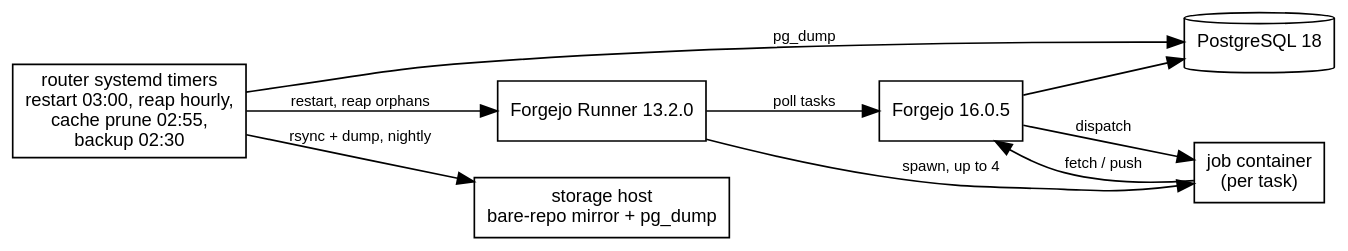
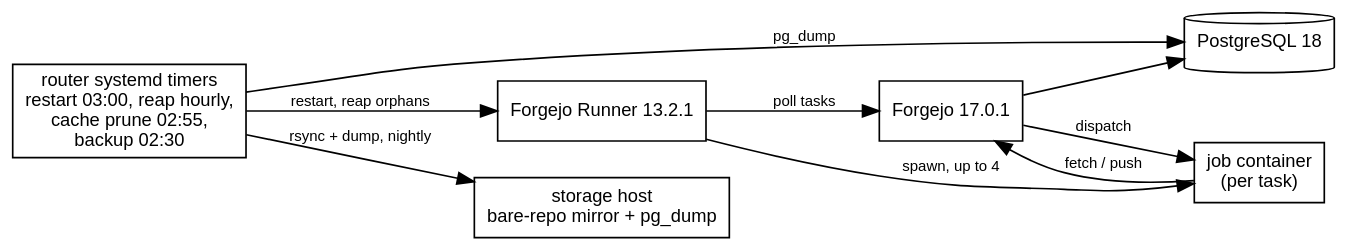
Before and after one commit to erfianugrah/lexicanum: the diagram in src/content/docs/guides/forgejo-recovery-runbooks.mdx, drawn with Graphviz. The commit also changed other lines of this file and 3 other files, not shown here.

First line of the commit message:
docs: Forgejo 17.0.1, runner 13.2.1, postgres 18.7 on the forge pages

````diff
--- a/src/content/docs/guides/forgejo-recovery-runbooks.mdx
+++ b/src/content/docs/guides/forgejo-recovery-runbooks.mdx
@@ -61,24 +61,24 @@
 ```dot
 digraph {
   rankdir=LR; bgcolor="transparent"; nodesep=0.3; ranksep=0.7;
   fontname="Helvetica,Arial,sans-serif";
   node [fontname="Helvetica,Arial,sans-serif", fontsize=11, shape=box];
   edge [fontname="Helvetica,Arial,sans-serif", fontsize=9];
 
-  forgejo [label="Forgejo 16.0.5"];
+  forgejo [label="Forgejo 17.0.1"];
   pg [label="PostgreSQL 18", shape=cylinder];
-  runner [label="Forgejo Runner 13.2.0"];
+  runner [label="Forgejo Runner 13.2.1"];
   job [label="job container\n(per task)"];
   timers [label="router systemd timers\nrestart 03:00, reap hourly,\ncache prune 02:55,\nbackup 02:30"];
   store [label="storage host\nbare-repo mirror + pg_dump"];
 
   runner -> forgejo [label="poll tasks"];
   forgejo -> job [label="dispatch"];
   runner -> job [label="spawn, up to 4"];
   job -> forgejo [label="fetch / push"];
   forgejo -> pg;
   timers -> runner [label="restart, reap orphans"];
   timers -> pg [label="pg_dump"];
   timers -> store [label="rsync + dump, nightly"];
 }
 ```
````
